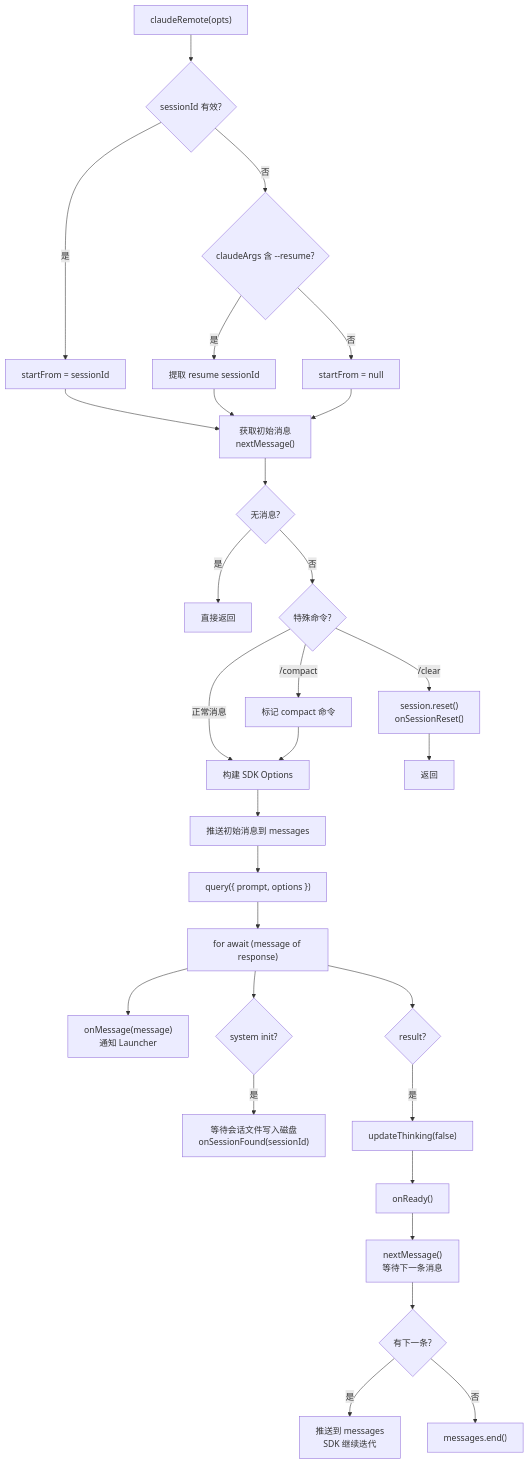
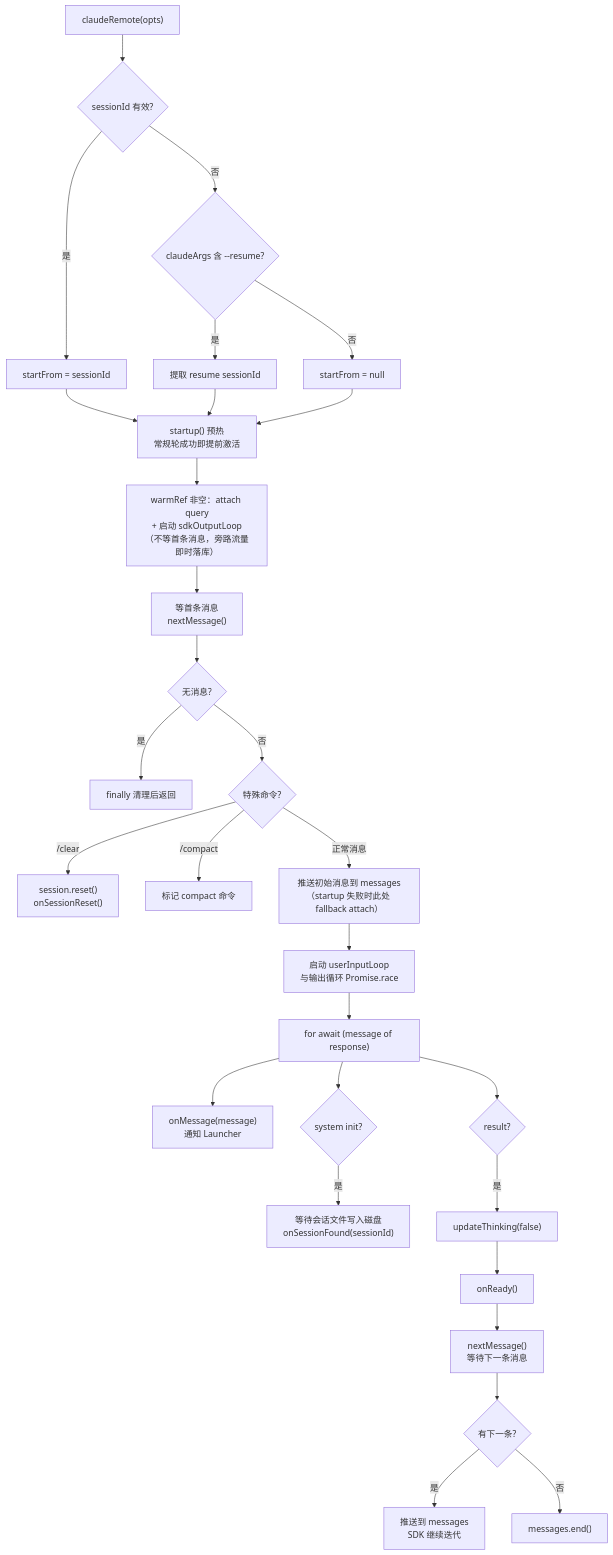
The fifth of 8 diagrams in docs/architecture/cli/commands/claude/remote-mode.md (ModuBit/mobi), drawn with Mermaid before and after one commit. The commit also changed other lines of this file and 2 other files, not shown here.

Commit message:
docs(architecture): 同步跨会话消息可见性——remote-mode 提前激活时序与入站观测、message-lifecycle crossSession meta、api-session 新方法

````diff
--- a/docs/architecture/cli/commands/claude/remote-mode.md
+++ b/docs/architecture/cli/commands/claude/remote-mode.md
@@ -165,38 +179,36 @@
 ```mermaid
 flowchart TB
     Start["claudeRemote(opts)"] --> CheckSession{"sessionId 有效?"}
     CheckSession -->|是| UseResume["startFrom = sessionId"]
     CheckSession -->|否| CheckArgs{"claudeArgs 含 --resume?"}
     CheckArgs -->|是| ExtractResume["提取 resume sessionId"]
     CheckArgs -->|否| Fresh["startFrom = null"]
 
-    UseResume --> GetInitial
-    ExtractResume --> GetInitial
-    Fresh --> GetInitial["获取初始消息<br/>nextMessage()"]
+    UseResume --> Warmup
+    ExtractResume --> Warmup
+    Fresh --> Warmup["startup() 预热<br/>常规轮成功即提前激活"]
+
+    Warmup --> EarlyActivate["warmRef 非空：attach query<br/>+ 启动 sdkOutputLoop<br/>（不等首条消息，旁路流量即时落库）"]
+    EarlyActivate --> GetInitial["等首条消息<br/>nextMessage()"]
 
     GetInitial --> NoMsg{"无消息?"}
-    NoMsg -->|是| Return1["直接返回"]
+    NoMsg -->|是| Return1["finally 清理后返回"]
     NoMsg -->|否| CheckSpecial{"特殊命令?"}
 
     CheckSpecial -->|"/clear"| Clear["session.reset()<br/>onSessionReset()"]
     CheckSpecial -->|"/compact"| Compact["标记 compact 命令"]
-    CheckSpecial -->|"正常消息"| BuildOpts["构建 SDK Options"]
-
-    Clear --> Return2["返回"]
-    Compact --> BuildOpts
-
-    BuildOpts --> PushMsg["推送初始消息到 messages"]
-    PushMsg --> Query["query({ prompt, options })"]
-    Query --> Iterate["for await (message of response)"]
+    CheckSpecial -->|"正常消息"| PushMsg["推送初始消息到 messages<br/>（startup 失败时此处 fallback attach）"]
+    PushMsg --> InputLoop["启动 userInputLoop<br/>与输出循环 Promise.race"]
+    InputLoop --> Iterate["for await (message of response)"]
 
     Iterate --> OnMsg["onMessage(message)<br/>通知 Launcher"]
     Iterate --> SystemInit{"system init?"}
     SystemInit -->|是| WaitFile["等待会话文件写入磁盘<br/>onSessionFound(sessionId)"]
     Iterate --> Result{"result?"}
     Result -->|是| Thinking["updateThinking(false)"]
     Thinking --> OnReady["onReady()"]
     OnReady --> NextMsg["nextMessage()<br/>等待下一条消息"]
     NextMsg --> HasNext{"有下一条?"}
     HasNext -->|是| PushNext["推送到 messages<br/>SDK 继续迭代"]
     HasNext -->|否| End["messages.end()"]
 ```
````
